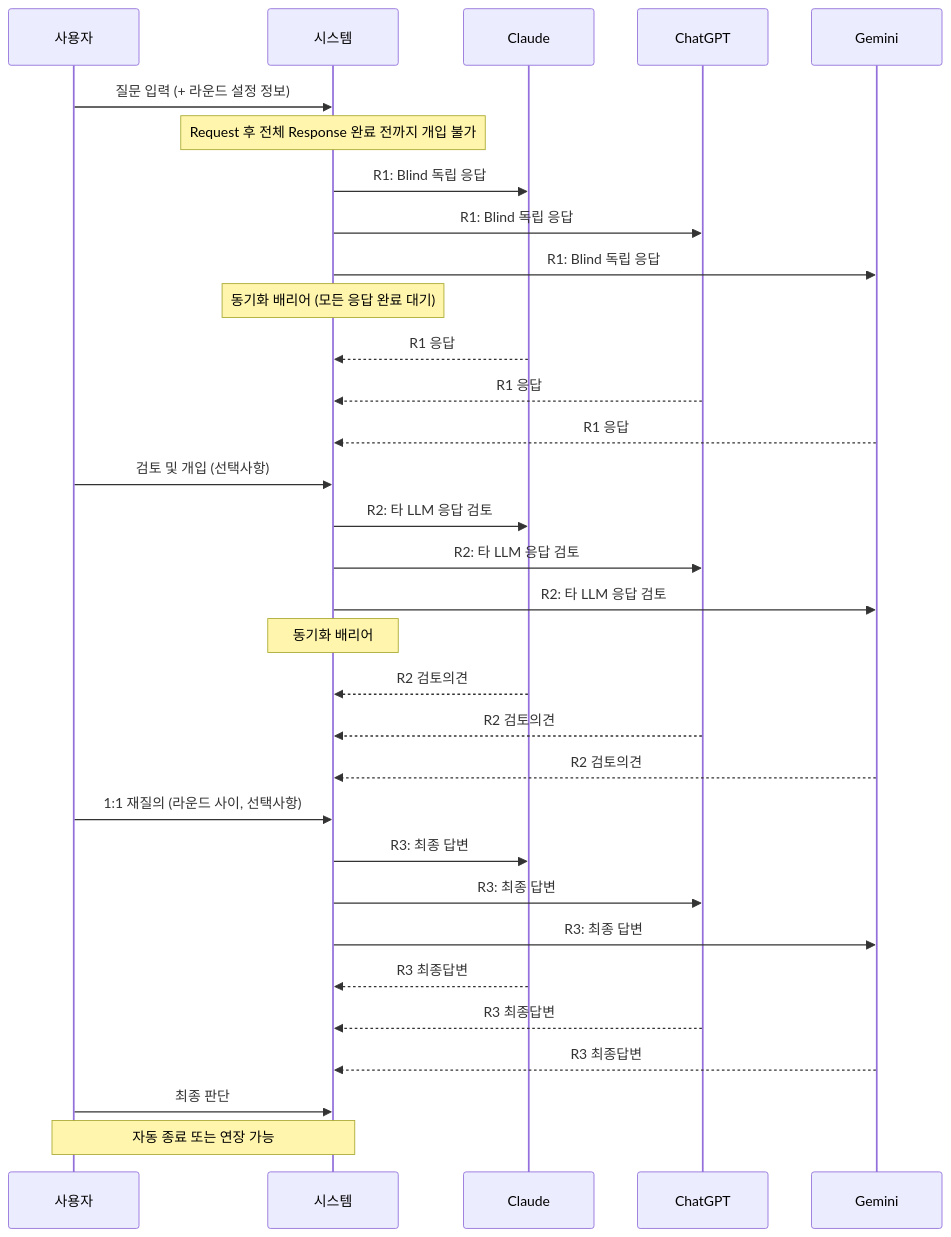
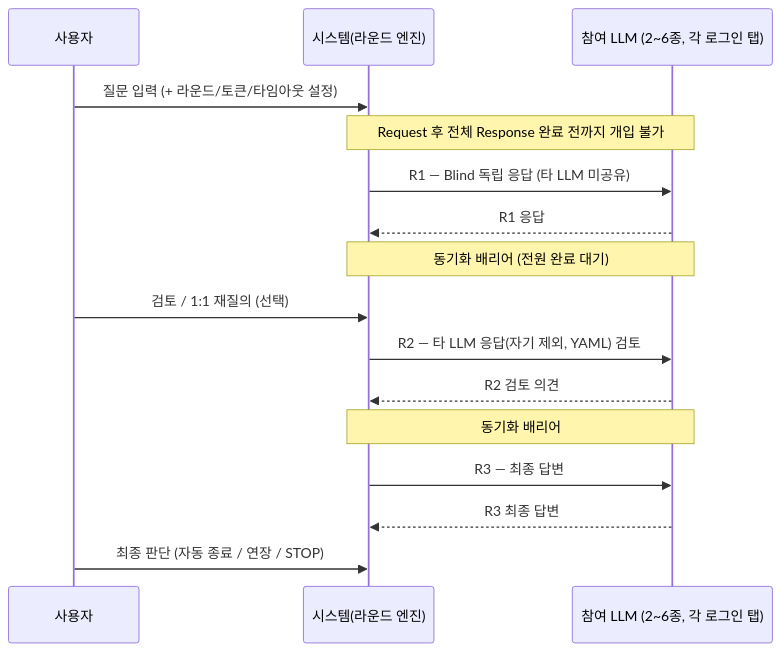
Before and after one commit to shimhaekwon/multiaichatting: the second of 2 diagrams in readme.md, drawn with Mermaid. The commit also changed other lines of this file, not shown here.

````diff
--- a/readme.md
+++ b/readme.md
@@ -55,40 +73,19 @@
 ```mermaid
 sequenceDiagram
     participant U as 사용자
-    participant S as 시스템
-    participant C as Claude
-    participant G as ChatGPT
-    participant GM as Gemini
+    participant S as 시스템(라운드 엔진)
+    participant L as 참여 LLM (2~6종, 각 로그인 탭)
 
-    U->>S: 질문 입력 (+ 라운드 설정 정보)
-    Note over S: Request 후 전체 Response 완료 전까지 개입 불가
-    S->>C: R1: Blind 독립 응답
-    S->>G: R1: Blind 독립 응답
-    S->>GM: R1: Blind 독립 응답
-    Note over S: 동기화 배리어 (모든 응답 완료 대기)
-    C-->>S: R1 응답
-    G-->>S: R1 응답
-    GM-->>S: R1 응답
-    
-    U->>S: 검토 및 개입 (선택사항)
-    
-    S->>C: R2: 타 LLM 응답 검토
-    S->>G: R2: 타 LLM 응답 검토
-    S->>GM: R2: 타 LLM 응답 검토
-    Note over S: 동기화 배리어
-    C-->>S: R2 검토의견
-    G-->>S: R2 검토의견
-    GM-->>S: R2 검토의견
-    
-    U->>S: 1:1 재질의 (라운드 사이, 선택사항)
-    
-    S->>C: R3: 최종 답변
-    S->>G: R3: 최종 답변
-    S->>GM: R3: 최종 답변
-    C-->>S: R3 최종답변
-    G-->>S: R3 최종답변
-    GM-->>S: R3 최종답변
-    
-    U->>S: 최종 판단
-    Note over U,S: 자동 종료 또는 연장 가능
+    U->>S: 질문 입력 (+ 라운드/토큰/타임아웃 설정)
+    Note over S,L: Request 후 전체 Response 완료 전까지 개입 불가
+    S->>L: R1 — Blind 독립 응답 (타 LLM 미공유)
+    L-->>S: R1 응답
+    Note over S,L: 동기화 배리어 (전원 완료 대기)
+    U->>S: 검토 / 1:1 재질의 (선택)
+    S->>L: R2 — 타 LLM 응답(자기 제외, YAML) 검토
+    L-->>S: R2 검토 의견
+    Note over S,L: 동기화 배리어
+    S->>L: R3 — 최종 답변
+    L-->>S: R3 최종 답변
+    U->>S: 최종 판단 (자동 종료 / 연장 / STOP)
 ```
````
